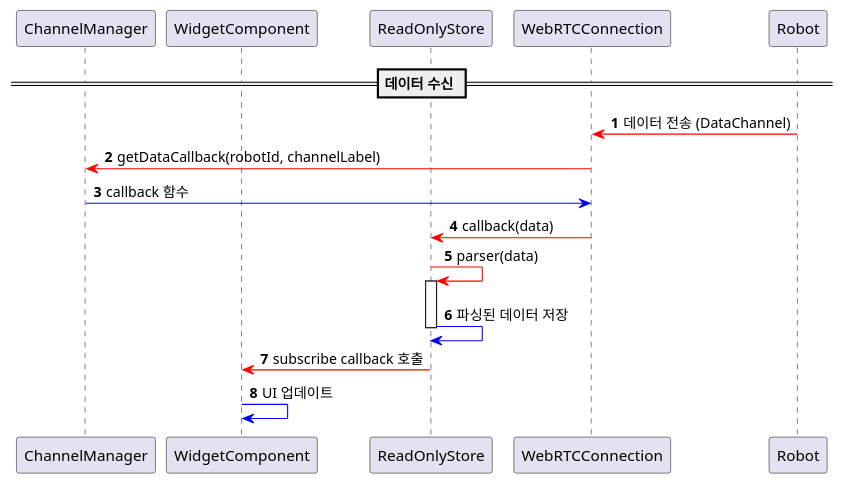
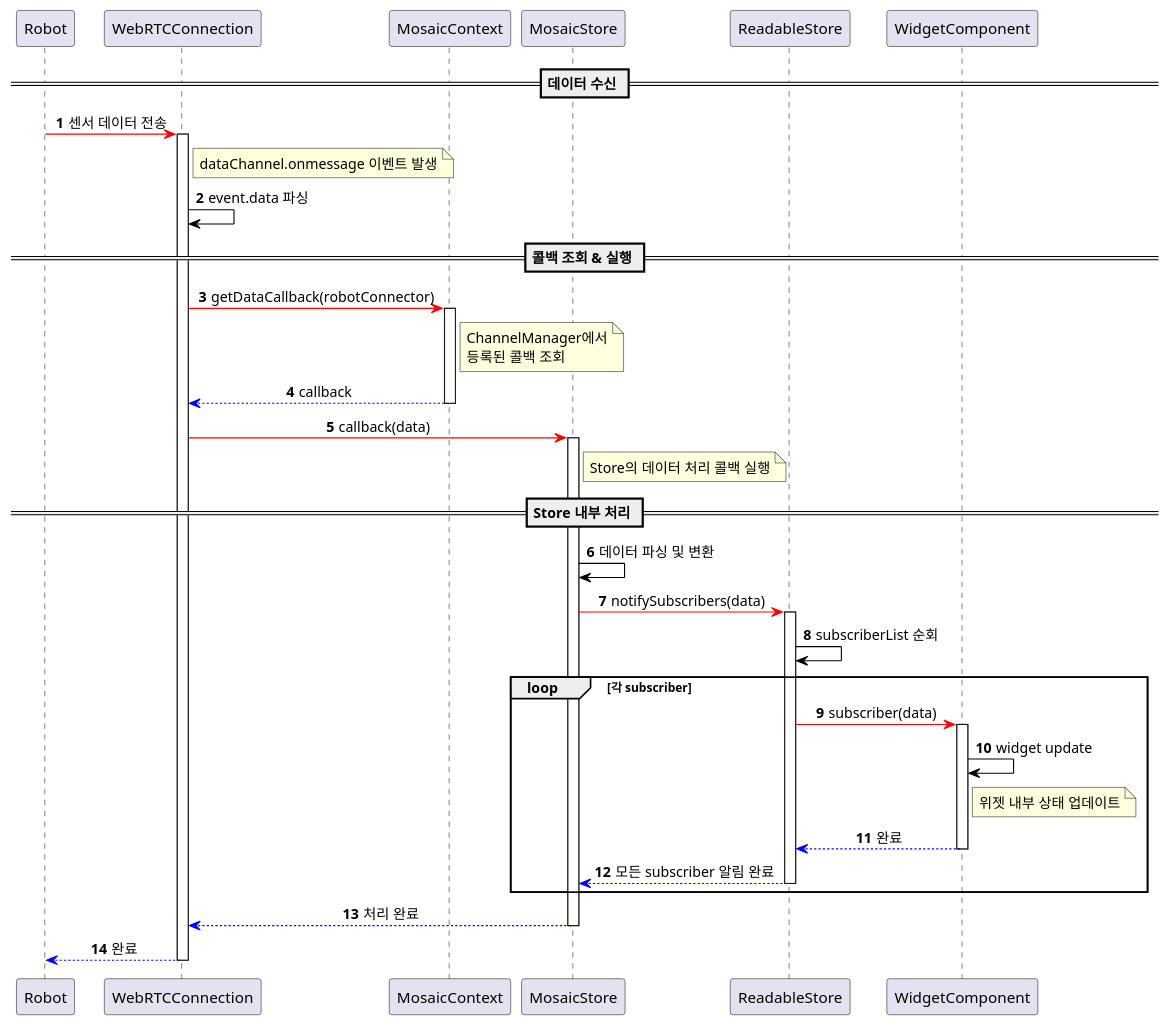
One commit to ACSL-MOSAIC/MOSAIC-Server changed the diagram in diagram/sequence_data_receive.puml. Above: the diagram before and after it, drawn with PlantUML.

Commit message:
modify: sequence_data_receive diagram

```diff
--- a/diagram/sequence_data_receive.puml
+++ b/diagram/sequence_data_receive.puml
@@ -1,25 +1,68 @@
 @startuml
-'https://plantuml.com/sequence-diagram
-
-participant ChannelManager
-participant WidgetComponent
-participant ReadOnlyStore
-participant WebRTCConnection
-participant Robot
-
+skinparam sequenceMessageAlign center
+skinparam maxMessageSize 250
 autonumber
 
+participant "Robot" as Robot
+participant "WebRTCConnection" as WebRTCConnection
+participant "MosaicContext" as MosaicContext
+participant "MosaicStore" as MosaicStore
+participant "ReadableStore" as ReadableStore
+participant "WidgetComponent" as WidgetComponent
 
 == 데이터 수신 ==
 
-Robot -[#red]> WebRTCConnection: 데이터 전송 (DataChannel)
-WebRTCConnection -[#red]> ChannelManager: getDataCallback(robotId, channelLabel)
-WebRTCConnection <[#blue]- ChannelManager: callback 함수
+Robot -[#red]> WebRTCConnection: 센서 데이터 전송
 
-WebRTCConnection -[#red]> ReadOnlyStore: callback(data)
-ReadOnlyStore -[#red]> ReadOnlyStore ++: parser(data)
-ReadOnlyStore [#blue]-> ReadOnlyStore --: 파싱된 데이터 저장
+activate WebRTCConnection
+note right of WebRTCConnection: dataChannel.onmessage 이벤트 발생
 
-ReadOnlyStore -[#red]> WidgetComponent: subscribe callback 호출
-WidgetComponent [#blue]-> WidgetComponent: UI 업데이트
+WebRTCConnection -[#black]> WebRTCConnection: event.data 파싱
+
+== 콜백 조회 & 실행 ==
+
+WebRTCConnection -[#red]> MosaicContext: getDataCallback(robotConnector)
+activate MosaicContext
+
+note right of MosaicContext: ChannelManager에서\n등록된 콜백 조회
+
+MosaicContext --[#blue]> WebRTCConnection: callback
+deactivate MosaicContext
+
+
+WebRTCConnection -[#red]> MosaicStore: callback(data)
+activate MosaicStore
+note right of MosaicStore: Store의 데이터 처리 콜백 실행
+
+== Store 내부 처리 ==
+
+MosaicStore -[#black]> MosaicStore: 데이터 파싱 및 변환
+
+
+MosaicStore -[#red]> ReadableStore: notifySubscribers(data)
+activate ReadableStore
+
+ReadableStore -[#black]> ReadableStore: subscriberList 순회
+
+loop 각 subscriber
+  ReadableStore -[#red]> WidgetComponent: subscriber(data)
+  activate WidgetComponent
+  
+  WidgetComponent -[#black]> WidgetComponent: widget update
+  note right of WidgetComponent: 위젯 내부 상태 업데이트
+  
+  WidgetComponent --[#blue]> ReadableStore: 완료
+  deactivate WidgetComponent
+
+ReadableStore --[#blue]> MosaicStore: 모든 subscriber 알림 완료
+deactivate ReadableStore
+
+end
+
+MosaicStore --[#blue]> WebRTCConnection: 처리 완료
+deactivate MosaicStore
+
+WebRTCConnection --[#blue]> Robot: 완료
+deactivate WebRTCConnection
+
 @enduml
```
